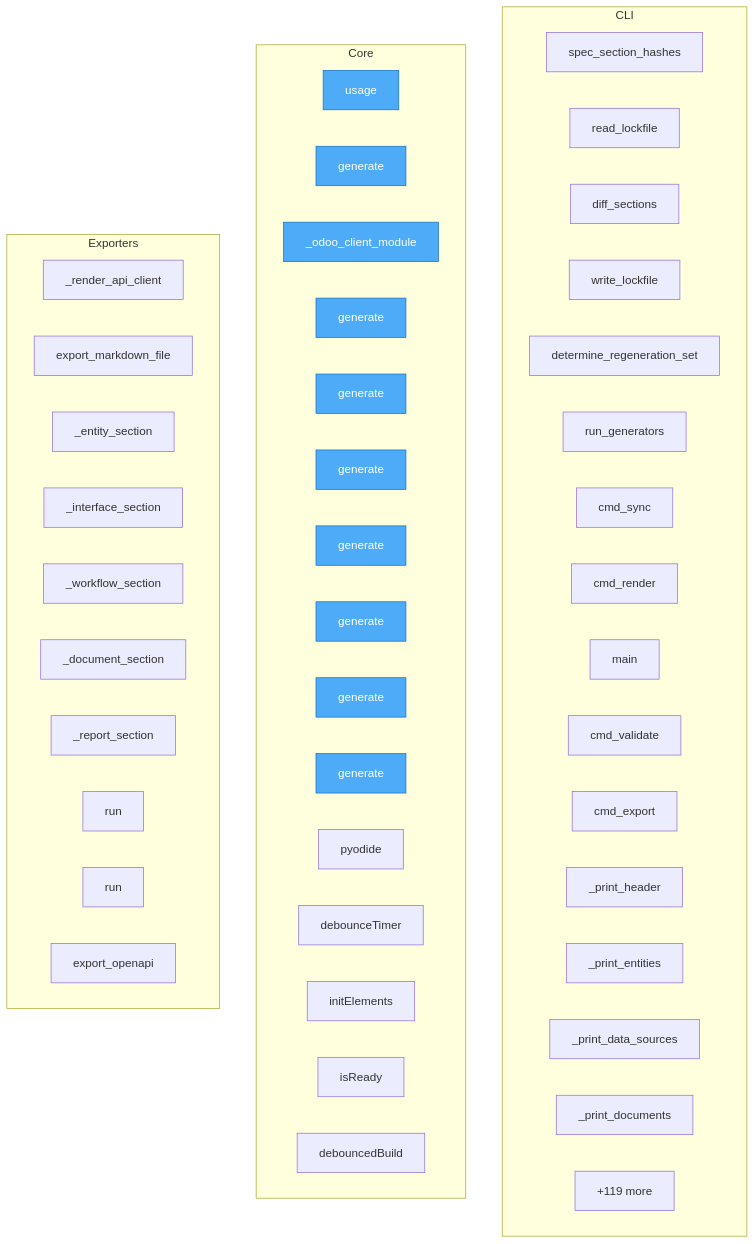
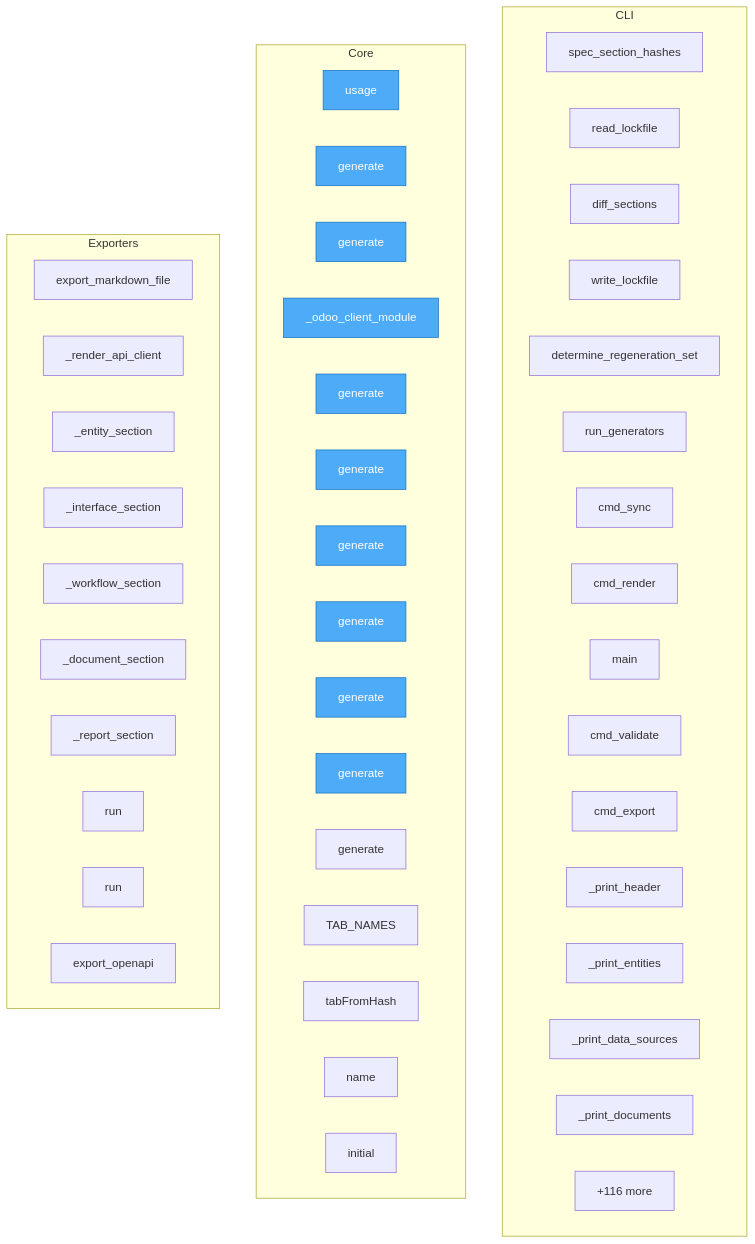
The diagram in project/flow.mmd (oqlos/doql), drawn with Mermaid before and after one commit. The commit also changed 19 other files, not shown here.

```diff
--- a/project/flow.mmd
+++ b/project/flow.mmd
@@ -1,57 +1,57 @@
 flowchart TD
 
     %% Entry points (blue)
     classDef entry fill:#4dabf7,stroke:#1971c2,color:#fff
 
     subgraph CLI
         doql__cli__lockfile__spec_section_hashes["spec_section_hashes"]
         doql__cli__lockfile__read_lockfile["read_lockfile"]
         doql__cli__lockfile__diff_sections["diff_sections"]
         doql__cli__lockfile__write_lockfile["write_lockfile"]
         doql__cli__sync__determine_regeneration_set["determine_regeneration_set"]
         doql__cli__sync__run_generators["run_generators"]
         doql__cli__sync__cmd_sync["cmd_sync"]
         doql__cli__commands__render__cmd_render["cmd_render"]
         doql__cli__main__main["main"]
         doql__cli__commands__validate__cmd_validate["cmd_validate"]
         doql__cli__commands__export__cmd_export["cmd_export"]
         doql__cli__commands__plan___print_header["_print_header"]
         doql__cli__commands__plan___print_entities["_print_entities"]
         doql__cli__commands__plan___print_data_sources["_print_data_sources"]
         doql__cli__commands__plan___print_documents["_print_documents"]
-        ...["+62 more"]
+        ...["+68 more"]
     end
 
     subgraph Core
         doql__usage["usage"]
-        plugins__doql_plugin_gxp__doql_plugin_gxp__generate["generate"]
+        plugins__doql_plugin_fleet__doql_plugin_fleet__generate["generate"]
+        plugins__doql_plugin_iso17025__doql_plugin_iso17025__traceability__generate["generate"]
         plugins__doql_plugin_erp__doql_plugin_erp___odoo_client_module["_odoo_client_module"]
         plugins__doql_plugin_erp__doql_plugin_erp__generate["generate"]
-        plugins__doql_plugin_iso17025__doql_plugin_iso17025__traceability__generate["generate"]
+        plugins__doql_plugin_gxp__doql_plugin_gxp__generate["generate"]
+        plugins__doql_plugin_iso17025__doql_plugin_iso17025__certificate__generate["generate"]
         plugins__doql_plugin_iso17025__doql_plugin_iso17025__generate["generate"]
-        plugins__doql_plugin_iso17025__doql_plugin_iso17025__certificate__generate["generate"]
         plugins__doql_plugin_iso17025__doql_plugin_iso17025__migration__generate["generate"]
         plugins__doql_plugin_iso17025__doql_plugin_iso17025__uncertainty__generate["generate"]
         plugins__doql_plugin_iso17025__doql_plugin_iso17025__drift_monitor__generate["generate"]
-        playground__pyodide_bridge__pyodide["pyodide"]
-        playground__pyodide_bridge__debounceTimer["debounceTimer"]
-        playground__pyodide_bridge__initElements["initElements"]
-        playground__pyodide_bridge__isReady["isReady"]
-        playground__pyodide_bridge__debouncedBuild["debouncedBuild"]
-        ...["+119 more"]
+        playground__app__TAB_NAMES["TAB_NAMES"]
+        playground__app__tabFromHash["tabFromHash"]
+        playground__app__name["name"]
+        playground__app__initial["initial"]
+        ...["+116 more"]
     end
 
     subgraph Exporters
+        doql__exporters__markdown__export_markdown_file["export_markdown_file"]
         doql__exporters__css__renderers___render_api_client["_render_api_client"]
-        doql__exporters__markdown__export_markdown_file["export_markdown_file"]
         doql__exporters__markdown__sections___entity_section["_entity_section"]
         doql__exporters__markdown__sections___interface_section["_interface_section"]
         doql__exporters__markdown__sections___workflow_section["_workflow_section"]
         doql__exporters__markdown__sections___document_section["_document_section"]
         doql__exporters__markdown__sections___report_section["_report_section"]
         doql__generators__export_postman__run["run"]
         doql__generators__export_ts_sdk__run["run"]
         doql__generators__api_gen__export_openapi["export_openapi"]
     end
 
-    class doql__usage,plugins__doql_plugin_gxp__doql_plugin_gxp__generate,plugins__doql_plugin_erp__doql_plugin_erp___odoo_client_module,plugins__doql_plugin_erp__doql_plugin_erp__generate,plugins__doql_plugin_iso17025__doql_plugin_iso17025__traceability__generate,plugins__doql_plugin_iso17025__doql_plugin_iso17025__generate,plugins__doql_plugin_iso17025__doql_plugin_iso17025__certificate__generate,plugins__doql_plugin_iso17025__doql_plugin_iso17025__migration__generate,plugins__doql_plugin_iso17025__doql_plugin_iso17025__uncertainty__generate,plugins__doql_plugin_iso17025__doql_plugin_iso17025__drift_monitor__generate entry
+    class doql__usage,plugins__doql_plugin_fleet__doql_plugin_fleet__generate,plugins__doql_plugin_iso17025__doql_plugin_iso17025__traceability__generate,plugins__doql_plugin_erp__doql_plugin_erp___odoo_client_module,plugins__doql_plugin_erp__doql_plugin_erp__generate,plugins__doql_plugin_gxp__doql_plugin_gxp__generate,plugins__doql_plugin_iso17025__doql_plugin_iso17025__certificate__generate,plugins__doql_plugin_iso17025__doql_plugin_iso17025__generate,plugins__doql_plugin_iso17025__doql_plugin_iso17025__migration__generate,plugins__doql_plugin_iso17025__doql_plugin_iso17025__uncertainty__generate entry
```
